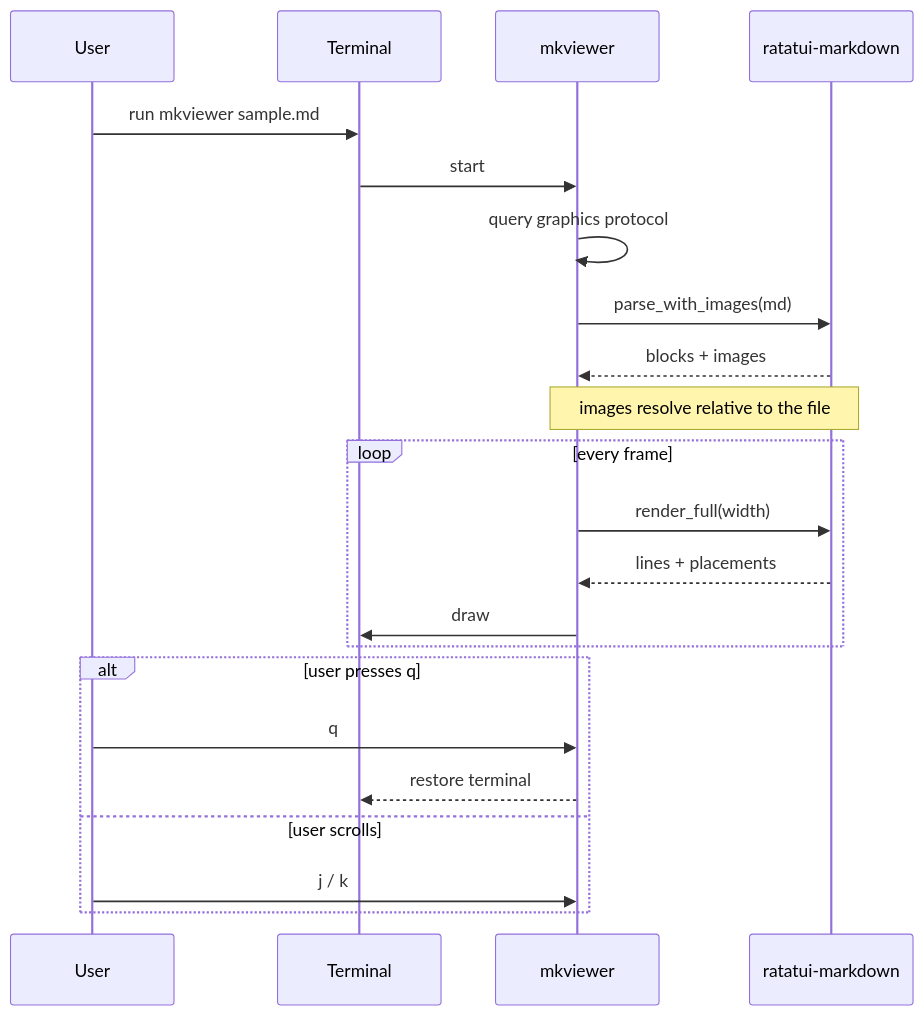
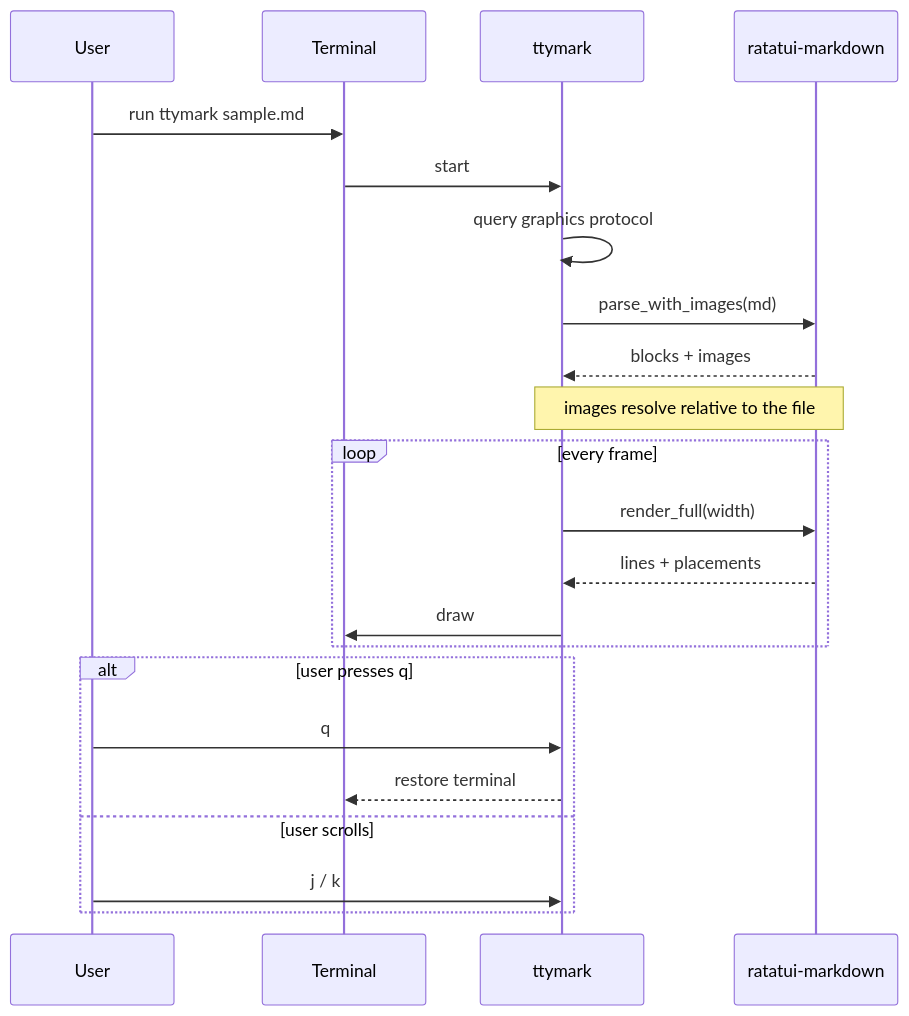
The fifth of 11 diagrams in sample.md (luizbafilho/markview), drawn with Mermaid before and after one commit. The commit also changed other lines of this file and 3 other files, not shown here.

First line of the commit message:
Rename the project from mkviewer to ttymark

````diff
--- a/sample.md
+++ b/sample.md
@@ -181,24 +181,24 @@
 ```mermaid
 sequenceDiagram
     participant U as User
     participant T as Terminal
-    participant A as mkviewer
+    participant A as ttymark
     participant L as ratatui-markdown
-    U->>T: run mkviewer sample.md
+    U->>T: run ttymark sample.md
     T->>A: start
     A->>A: query graphics protocol
     A->>L: parse_with_images(md)
     L-->>A: blocks + images
     Note over A,L: images resolve relative to the file
     loop every frame
         A->>L: render_full(width)
         L-->>A: lines + placements
         A->>T: draw
     end
     alt user presses q
         U->>A: q
         A-->>T: restore terminal
     else user scrolls
         U->>A: j / k
     end
 ```
````
